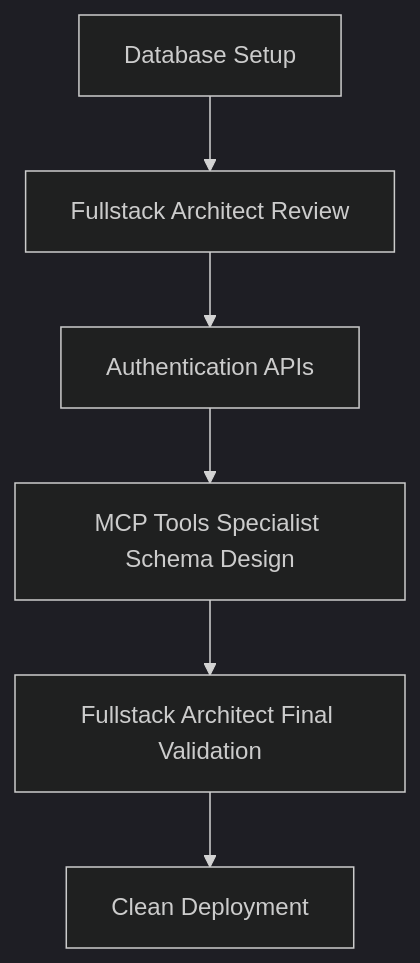
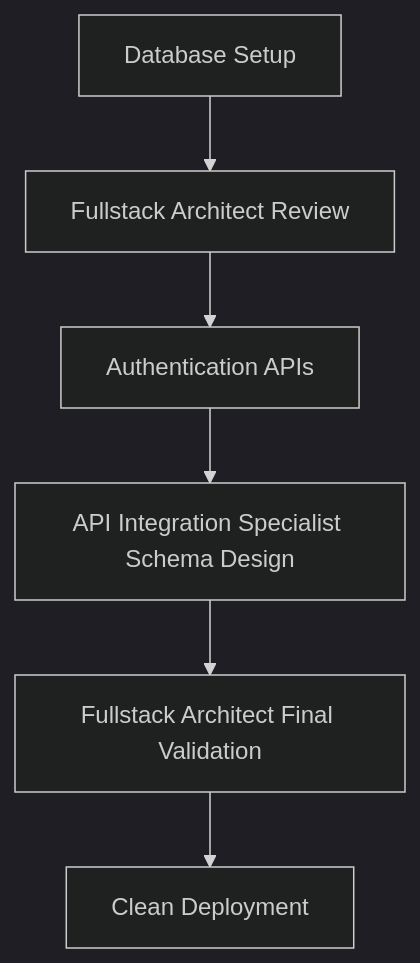
Before and after one commit to missgemma415/work-payroll-project: the first of 2 diagrams in ProjectTasks.md, drawn with Mermaid (dark theme). The commit also changed other lines of this file and 95 other files, not shown here.

````diff
--- a/ProjectTasks.md
+++ b/ProjectTasks.md
@@ -394,7 +394,7 @@
 ```mermaid
 graph TD
     A[Database Setup] --> B[Fullstack Architect Review]
-    B --> C[Authentication APIs] --> D[MCP Tools Specialist Schema Design]
+    B --> C[Authentication APIs] --> D[API Integration Specialist Schema Design]
     D --> E[Fullstack Architect Final Validation]
     E --> F[Clean Deployment]
 ```
````
